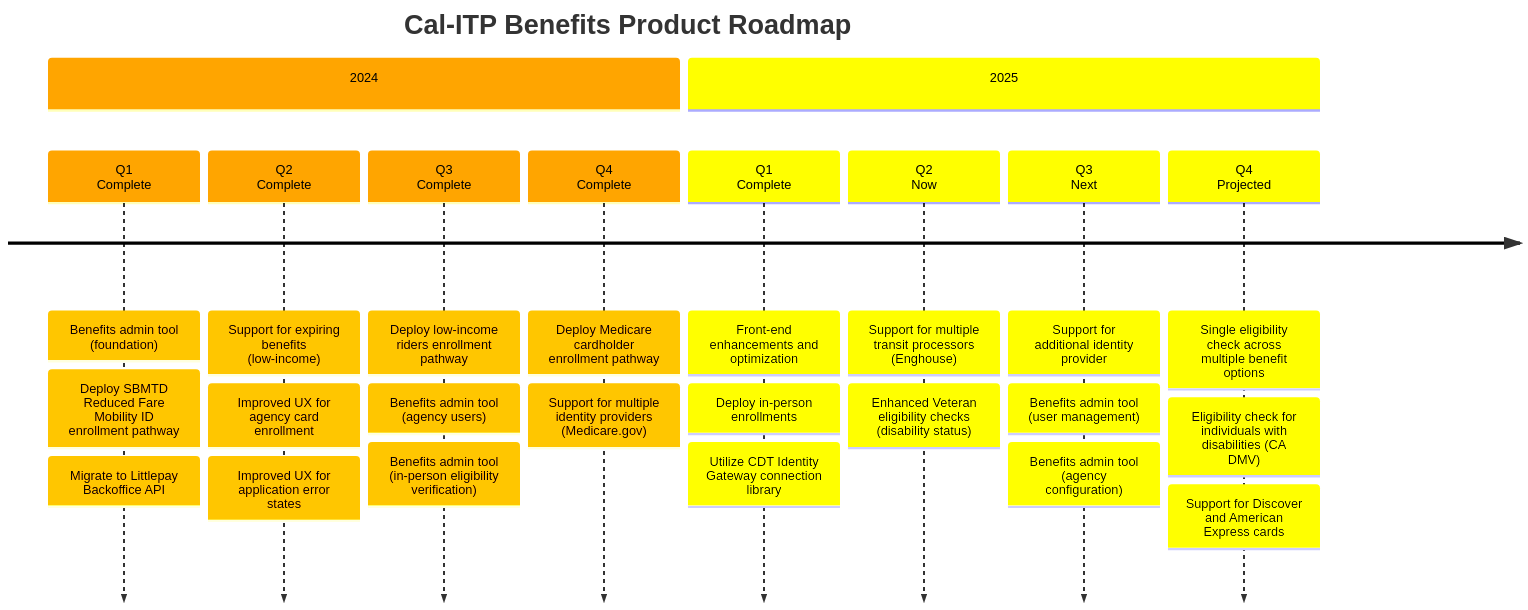
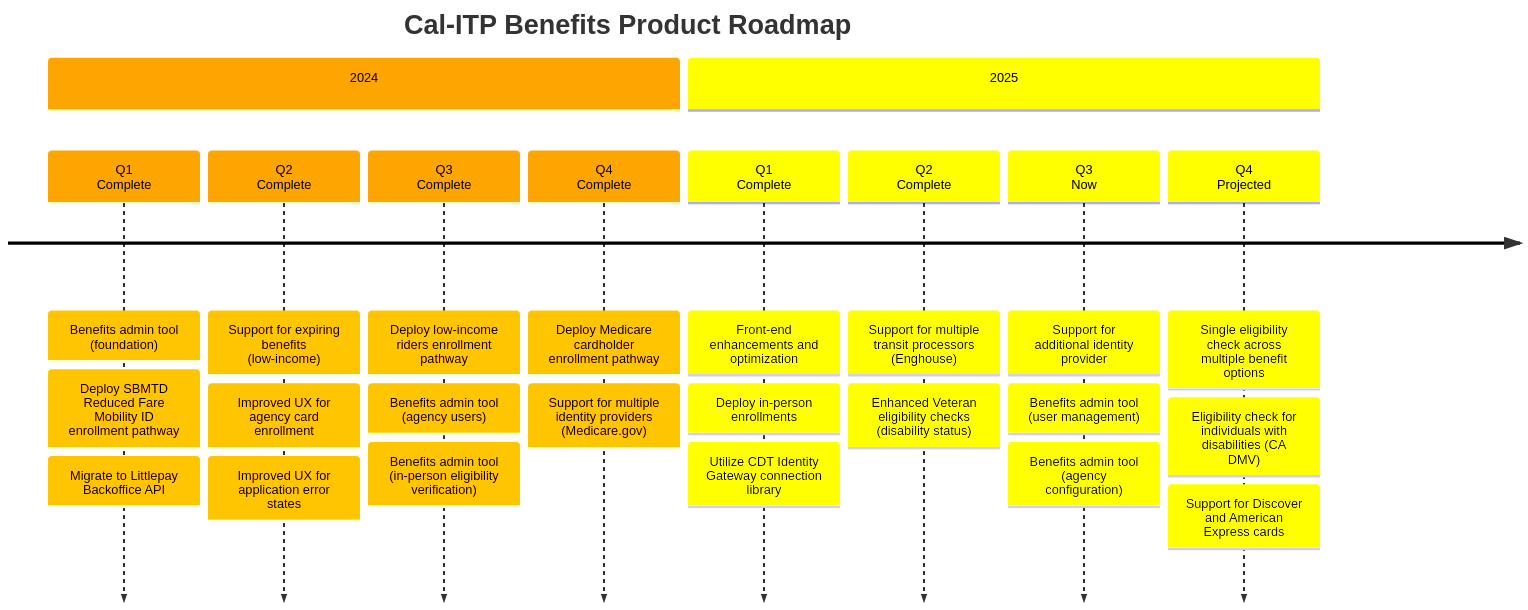
Before and after one commit to cal-itp/benefits: the diagram in docs/enrollment-pathways/README.md, drawn with Mermaid.

Commit message:
docs: updating status label for 2025 quarters

````diff
--- a/docs/enrollment-pathways/README.md
+++ b/docs/enrollment-pathways/README.md
@@ -19,60 +19,60 @@
 ```mermaid
 timeline
     title Cal-ITP Benefits Product Roadmap
 %% Cal-ITP Benefits Epics (2024)
           section 2024
 
           Q1<br>Complete
           : Benefits admin tool (foundation)
           : Deploy SBMTD Reduced Fare Mobility ID enrollment pathway
           : Migrate to Littlepay Backoffice API
 
           Q2<br>Complete
           : Support for expiring benefits (low-income)
           : Improved UX for agency card enrollment
           : Improved UX for application error states
 
           Q3<br>Complete
           : Deploy low-income riders enrollment pathway
           : Benefits admin tool (agency users)
           : Benefits admin tool (in-person eligibility verification)
 
           Q4<br>Complete
           : Deploy Medicare cardholder enrollment pathway
           : Support for multiple identity providers (Medicare.gov)
 
 %% Cal-ITP Benefits Epics (2025)
           section 2025
 
           Q1<br>Complete
         : Front-end enhancements and optimization
         : Deploy in-person enrollments
         : Utilize CDT Identity Gateway connection library
 
-          Q2<br>Now
+          Q2<br>Complete
         : Support for multiple transit processors (Enghouse)
         : Enhanced Veteran eligibility checks (disability status)
 
-          Q3<br>Next
+          Q3<br>Now
         : Support for additional identity provider
         : Benefits admin tool (user management)
         : Benefits admin tool (agency configuration)
 
           Q4<br>Projected
         : Single eligibility check across multiple benefit options
         : Eligibility check for individuals with disabilities (CA DMV)
         : Support for Discover and American Express cards
 
 %%{
   init: {
     'logLevel': 'debug',
     'theme': 'default' ,
     'themeVariables': {
       'cScale0': 'orange',
       'cScaleLabel0': 'black',
       'cScale1': 'yellow',
       'cScaleLabel1': 'black'
     }
   }
 }%%
 ```
````
